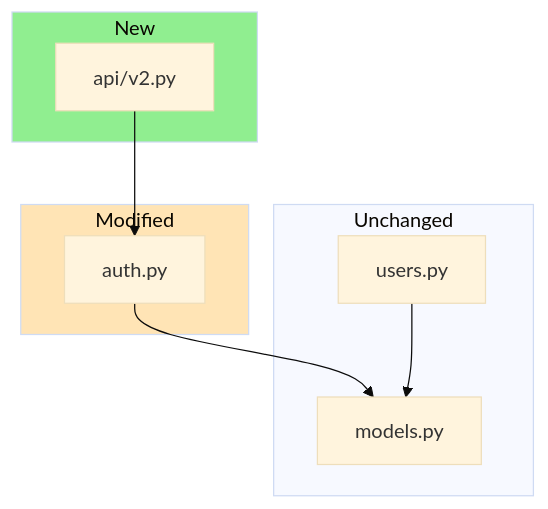
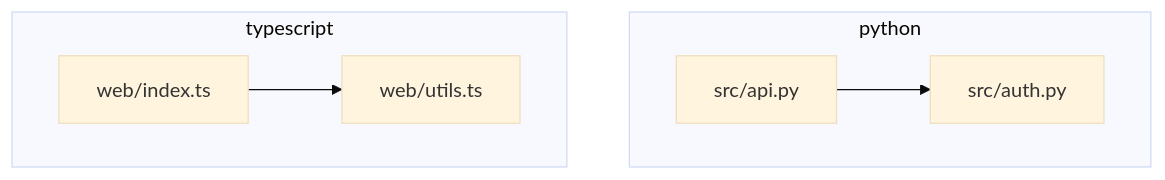
One commit to rysweet/amplihack-rs changed the third of 3 diagrams in amplifier-bundle/skills/code-visualizer/SKILL.md. Above: the diagram before and after it, drawn with Mermaid (base theme). The commit also changed other lines of this file and 23 other files, not shown here.

````diff
--- a/amplifier-bundle/skills/code-visualizer/SKILL.md
+++ b/amplifier-bundle/skills/code-visualizer/SKILL.md
@@ -280,21 +269,13 @@
 ```mermaid
 flowchart TD
-    subgraph added["New"]
-        style added fill:#90EE90
-        new_api[api/v2.py]
+    subgraph python ["python"]
+        src_api_py["src/api.py"]
+        src_auth_py["src/auth.py"]
+        src_api_py --> src_auth_py
     end
-
-    subgraph modified["Modified"]
-        style modified fill:#FFE4B5
-        auth[auth.py]
+    subgraph typescript ["typescript"]
+        web_index_ts["web/index.ts"]
+        web_utils_ts["web/utils.ts"]
+        web_index_ts --> web_utils_ts
     end
-
-    subgraph existing["Unchanged"]
-        users[users.py]
-        models[models.py]
-    end
-
-    new_api --> auth
-    auth --> models
-    users --> models
 ```
````
